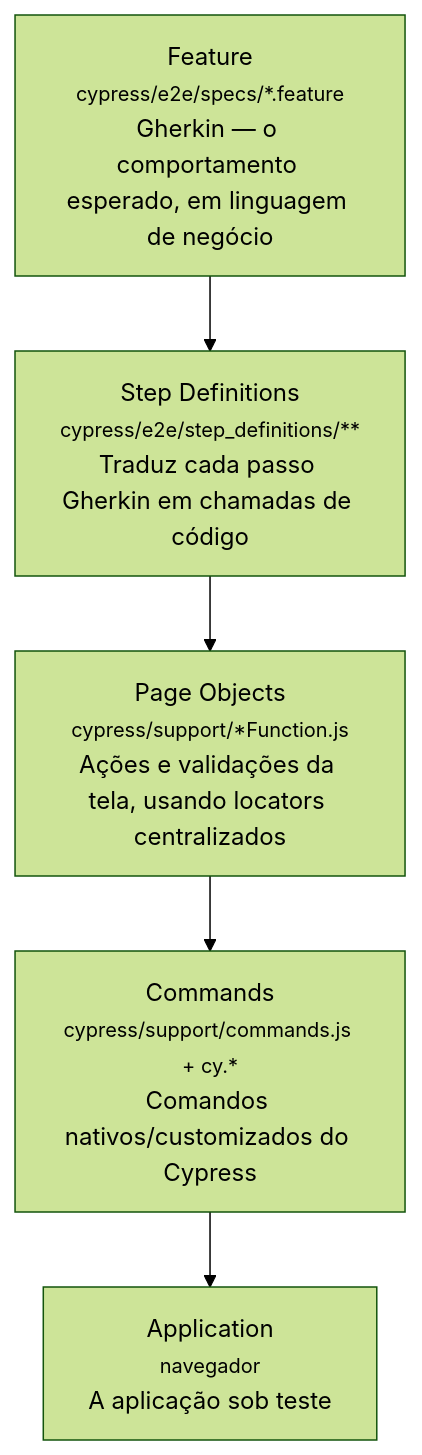
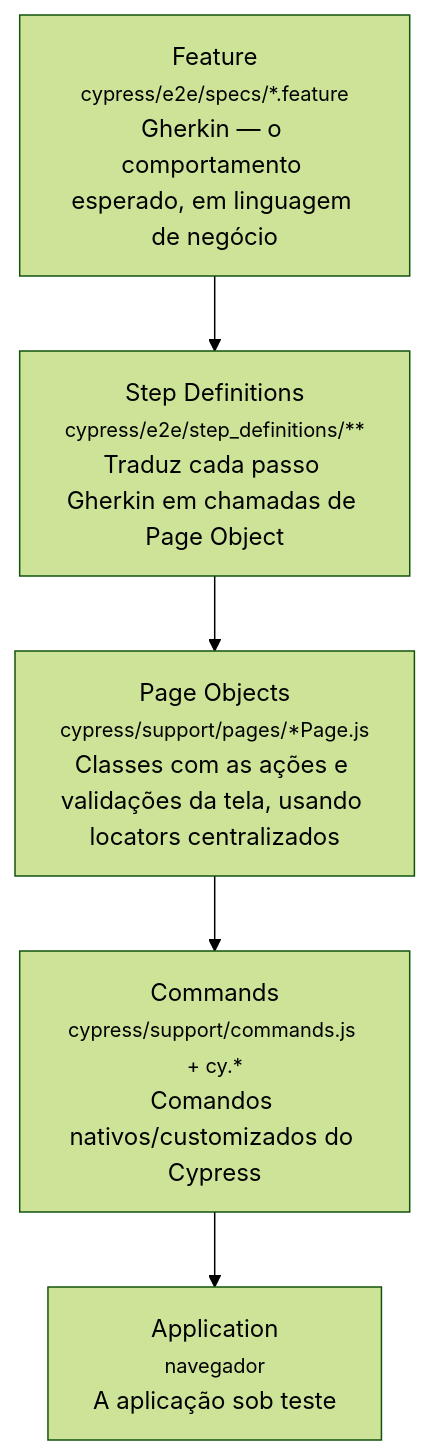
One commit to Gustacardoso/Cypress-BDD-WebSite changed the diagram in README.md. Above: the diagram before and after it, drawn with Mermaid (forest theme). The commit also changed other lines of this file and 10 other files, not shown here.

````diff
--- a/README.md
+++ b/README.md
@@ -38,10 +38,10 @@
 ```mermaid
 flowchart TD
     A["Feature<br/><small>cypress/e2e/specs/*.feature</small><br/>Gherkin — o comportamento esperado, em linguagem de negócio"]
-    B["Step Definitions<br/><small>cypress/e2e/step_definitions/**</small><br/>Traduz cada passo Gherkin em chamadas de código"]
-    C["Page Objects<br/><small>cypress/support/*Function.js</small><br/>Ações e validações da tela, usando locators centralizados"]
+    B["Step Definitions<br/><small>cypress/e2e/step_definitions/**</small><br/>Traduz cada passo Gherkin em chamadas de Page Object"]
+    C["Page Objects<br/><small>cypress/support/pages/*Page.js</small><br/>Classes com as ações e validações da tela, usando locators centralizados"]
     D["Commands<br/><small>cypress/support/commands.js + cy.*</small><br/>Comandos nativos/customizados do Cypress"]
     E["Application<br/><small>navegador</small><br/>A aplicação sob teste"]
 
     A --> B --> C --> D --> E
 ```
````
